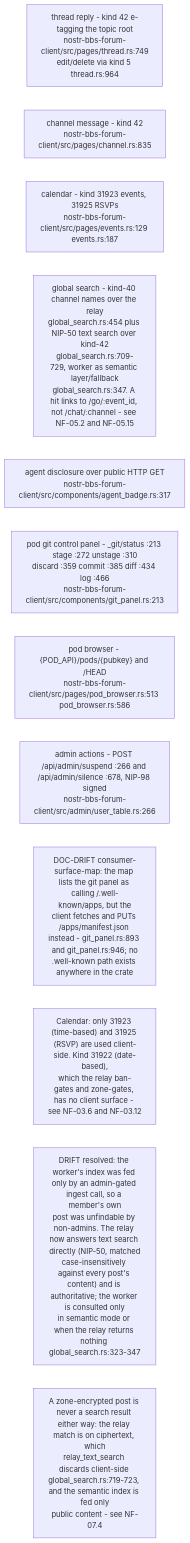
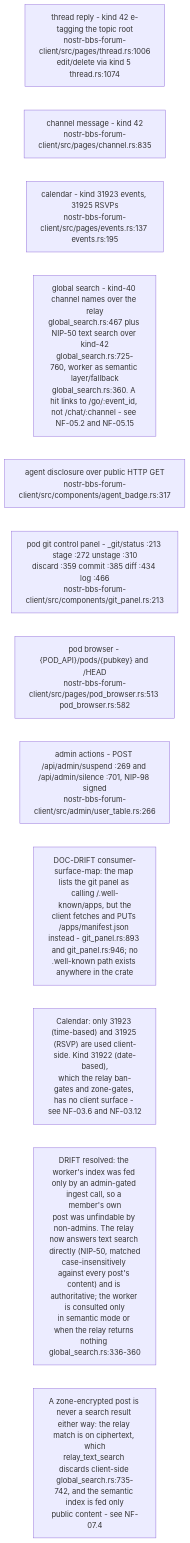
The tenth of 16 diagrams in docs/diagrams/nostr-rust-forum/05-leptos-clients-onboarding-messaging-governance.md (DreamLab-AI/VisionFlow), drawn with Mermaid before and after one commit. The commit also changed other lines of this file and 111 other files, not shown here.

Commit message:
docs(diagrams): align estate maps with current source

````diff
--- a/docs/diagrams/nostr-rust-forum/05-leptos-clients-onboarding-messaging-governance.md
+++ b/docs/diagrams/nostr-rust-forum/05-leptos-clients-onboarding-messaging-governance.md
@@ -319,16 +319,16 @@
 ```mermaid
 flowchart LR
-    THREAD["thread reply - kind 42 e-tagging the topic root<br/>nostr-bbs-forum-client/src/pages/thread.rs:749<br/>edit/delete via kind 5 thread.rs:964"]
+    THREAD["thread reply - kind 42 e-tagging the topic root<br/>nostr-bbs-forum-client/src/pages/thread.rs:1006<br/>edit/delete via kind 5 thread.rs:1074"]
     CHAN["channel message - kind 42<br/>nostr-bbs-forum-client/src/pages/channel.rs:835"]
-    EVENTS["calendar - kind 31923 events, 31925 RSVPs<br/>nostr-bbs-forum-client/src/pages/events.rs:129 events.rs:187"]
-    SEARCH["global search - kind-40 channel names over the relay<br/>global_search.rs:454 plus NIP-50 text search over kind-42<br/>global_search.rs:709-729, worker as semantic layer/fallback<br/>global_search.rs:347. A hit links to /go/:event_id, not /chat/:channel - see NF-05.2 and NF-05.15"]
+    EVENTS["calendar - kind 31923 events, 31925 RSVPs<br/>nostr-bbs-forum-client/src/pages/events.rs:137 events.rs:195"]
+    SEARCH["global search - kind-40 channel names over the relay<br/>global_search.rs:467 plus NIP-50 text search over kind-42<br/>global_search.rs:725-760, worker as semantic layer/fallback<br/>global_search.rs:360. A hit links to /go/:event_id, not /chat/:channel - see NF-05.2 and NF-05.15"]
     BADGE["agent disclosure over public HTTP GET<br/>nostr-bbs-forum-client/src/components/agent_badge.rs:317"]
     GIT["pod git control panel - _git/status :213 stage :272 unstage :310<br/>discard :359 commit :385 diff :434 log :466<br/>nostr-bbs-forum-client/src/components/git_panel.rs:213"]
-    POD["pod browser - {POD_API}/pods/{pubkey} and /HEAD<br/>nostr-bbs-forum-client/src/pages/pod_browser.rs:513 pod_browser.rs:586"]
-    ADMINT["admin actions - POST /api/admin/suspend :266 and /api/admin/silence :678, NIP-98 signed<br/>nostr-bbs-forum-client/src/admin/user_table.rs:266"]
+    POD["pod browser - {POD_API}/pods/{pubkey} and /HEAD<br/>nostr-bbs-forum-client/src/pages/pod_browser.rs:513 pod_browser.rs:582"]
+    ADMINT["admin actions - POST /api/admin/suspend :269 and /api/admin/silence :701, NIP-98 signed<br/>nostr-bbs-forum-client/src/admin/user_table.rs:266"]
 
     N1["DOC-DRIFT consumer-surface-map: the map lists the git panel as calling /.well-known/apps, but the<br/>client fetches and PUTs /apps/manifest.json instead - git_panel.rs:893 and git_panel.rs:946; no<br/>.well-known path exists anywhere in the crate"]
     N2["Calendar: only 31923 (time-based) and 31925 (RSVP) are used client-side. Kind 31922 (date-based),<br/>which the relay ban-gates and zone-gates, has no client surface - see NF-03.6 and NF-03.12"]
-    N3["DRIFT resolved: the worker's index was fed only by an admin-gated ingest call, so a member's own<br/>post was unfindable by non-admins. The relay now answers text search directly (NIP-50, matched<br/>case-insensitively against every post's content) and is authoritative; the worker is consulted only<br/>in semantic mode or when the relay returns nothing global_search.rs:323-347"]
-    N4["A zone-encrypted post is never a search result either way: the relay match is on ciphertext, which<br/>relay_text_search discards client-side global_search.rs:719-723, and the semantic index is fed only<br/>public content - see NF-07.4"]
+    N3["DRIFT resolved: the worker's index was fed only by an admin-gated ingest call, so a member's own<br/>post was unfindable by non-admins. The relay now answers text search directly (NIP-50, matched<br/>case-insensitively against every post's content) and is authoritative; the worker is consulted only<br/>in semantic mode or when the relay returns nothing global_search.rs:336-360"]
+    N4["A zone-encrypted post is never a search result either way: the relay match is on ciphertext, which<br/>relay_text_search discards client-side global_search.rs:735-742, and the semantic index is fed only<br/>public content - see NF-07.4"]
 ```
````
